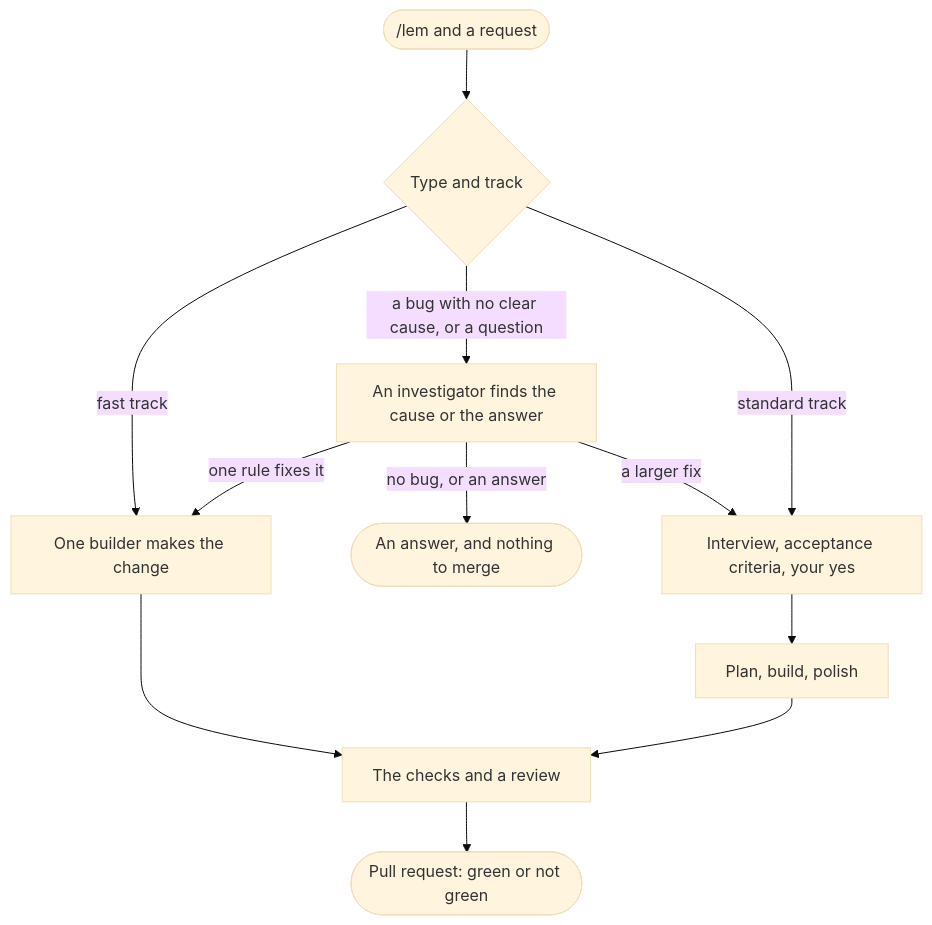
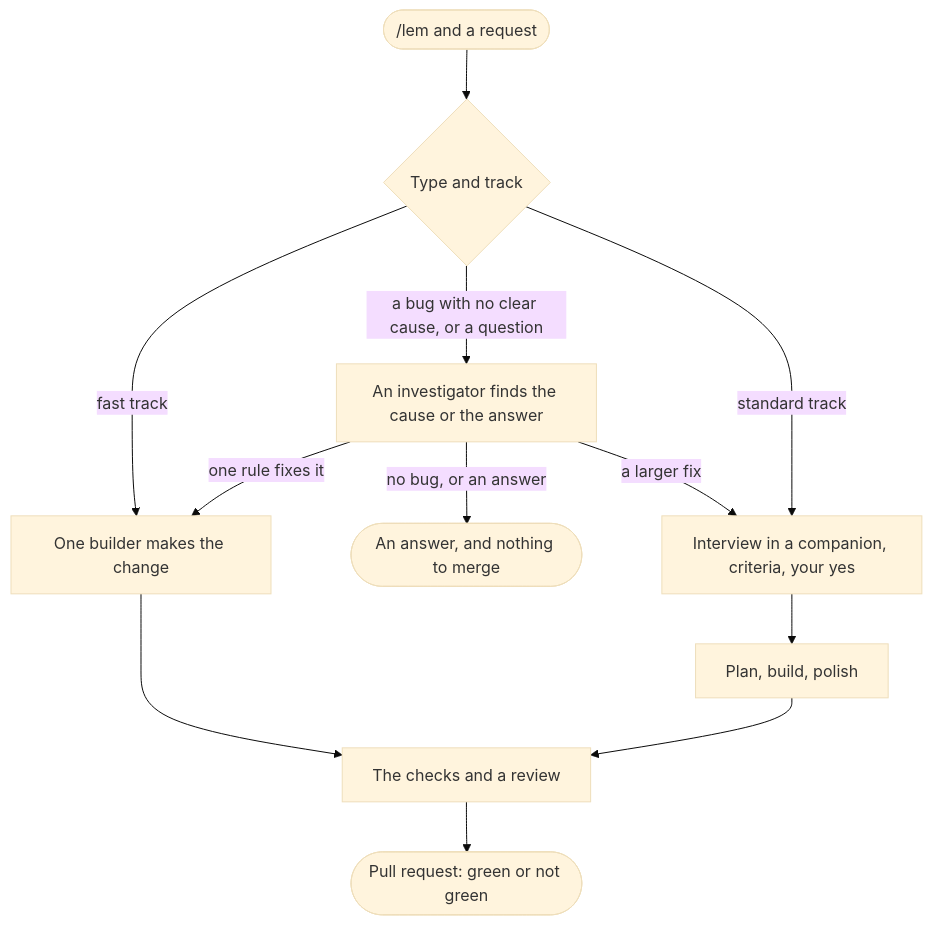
Before and after one commit to pySilver/lem: the diagram in docs/flow.md, drawn with Mermaid (base theme). The commit also changed other lines of this file and 37 other files, not shown here.

````diff
--- a/docs/flow.md
+++ b/docs/flow.md
@@ -3,14 +3,14 @@
 ```mermaid
 flowchart TD
     req(["/lem and a request"]) --> track{"Type and track"}
     track -- "fast track" --> one["One builder makes the change"]
     track -- "a bug with no clear cause, or a question" --> inv["An investigator finds the cause or the answer"]
-    track -- "standard track" --> crit["Interview, acceptance criteria, your yes"]
+    track -- "standard track" --> crit["Interview in a companion, criteria, your yes"]
     inv -- "one rule fixes it" --> one
     inv -- "no bug, or an answer" --> stop(["An answer, and nothing to merge"])
     inv -- "a larger fix" --> crit
     one --> checks["The checks and a review"]
     crit --> plan["Plan, build, polish"]
     plan --> checks
     checks --> pr(["Pull request: green or not green"])
 ```
````
